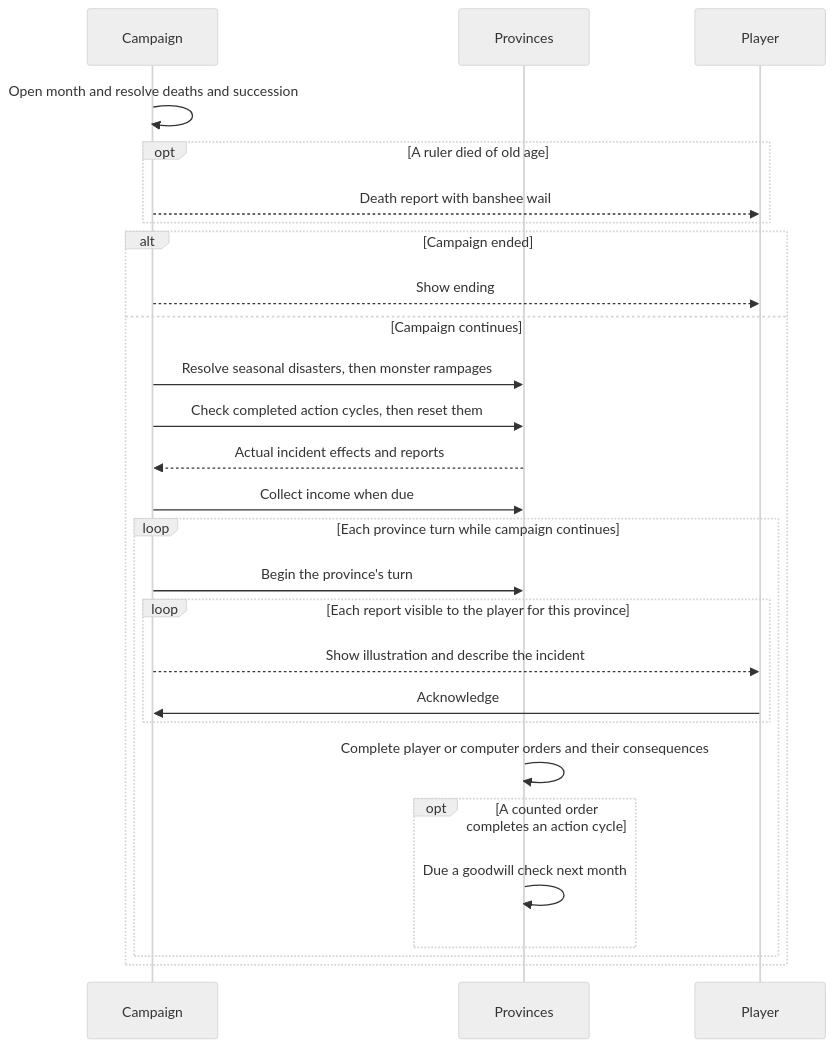
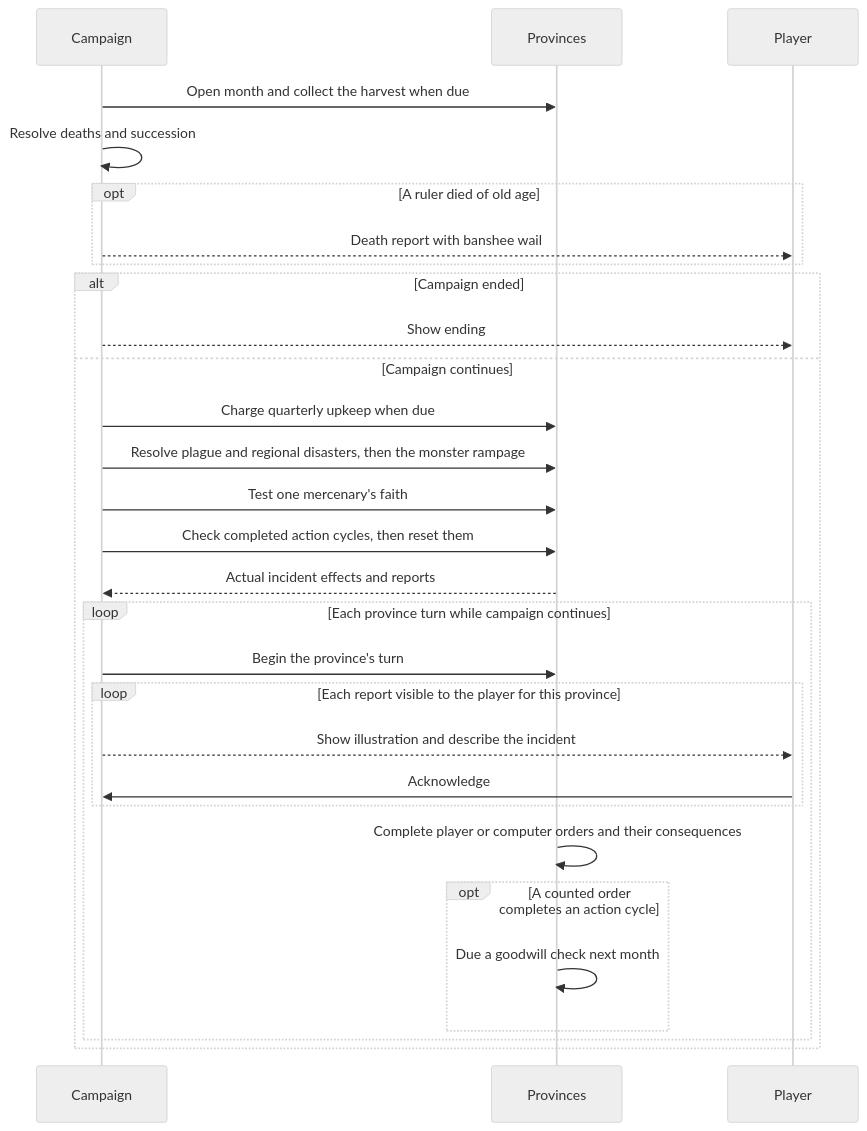
The second of 2 diagrams in gemstorm/docs/design/15-events.md (pslotinsky/kunstkamera), drawn with Mermaid (neutral theme) before and after one commit. The commit also changed other lines of this file and 19 other files, not shown here.

````diff
--- a/gemstorm/docs/design/15-events.md
+++ b/gemstorm/docs/design/15-events.md
@@ -155,30 +155,32 @@
 ```mermaid
 sequenceDiagram
   participant Campaign
   participant Provinces
   participant Player
 
-  Campaign->>Campaign: Open month and resolve deaths and succession
+  Campaign->>Provinces: Open month and collect the harvest when due
+  Campaign->>Campaign: Resolve deaths and succession
   opt A ruler died of old age
     Campaign-->>Player: Death report with banshee wail
   end
   alt Campaign ended
     Campaign-->>Player: Show ending
   else Campaign continues
-    Campaign->>Provinces: Resolve seasonal disasters, then monster rampages
+    Campaign->>Provinces: Charge quarterly upkeep when due
+    Campaign->>Provinces: Resolve plague and regional disasters, then the monster rampage
+    Campaign->>Provinces: Test one mercenary's faith
     Campaign->>Provinces: Check completed action cycles, then reset them
     Provinces-->>Campaign: Actual incident effects and reports
-    Campaign->>Provinces: Collect income when due
     loop Each province turn while campaign continues
       Campaign->>Provinces: Begin the province's turn
       loop Each report visible to the player for this province
         Campaign-->>Player: Show illustration and describe the incident
         Player->>Campaign: Acknowledge
       end
       Provinces->>Provinces: Complete player or computer orders and their consequences
       opt A counted order completes an action cycle
         Provinces->>Provinces: Due a goodwill check next month
       end
     end
   end
 ```
````
